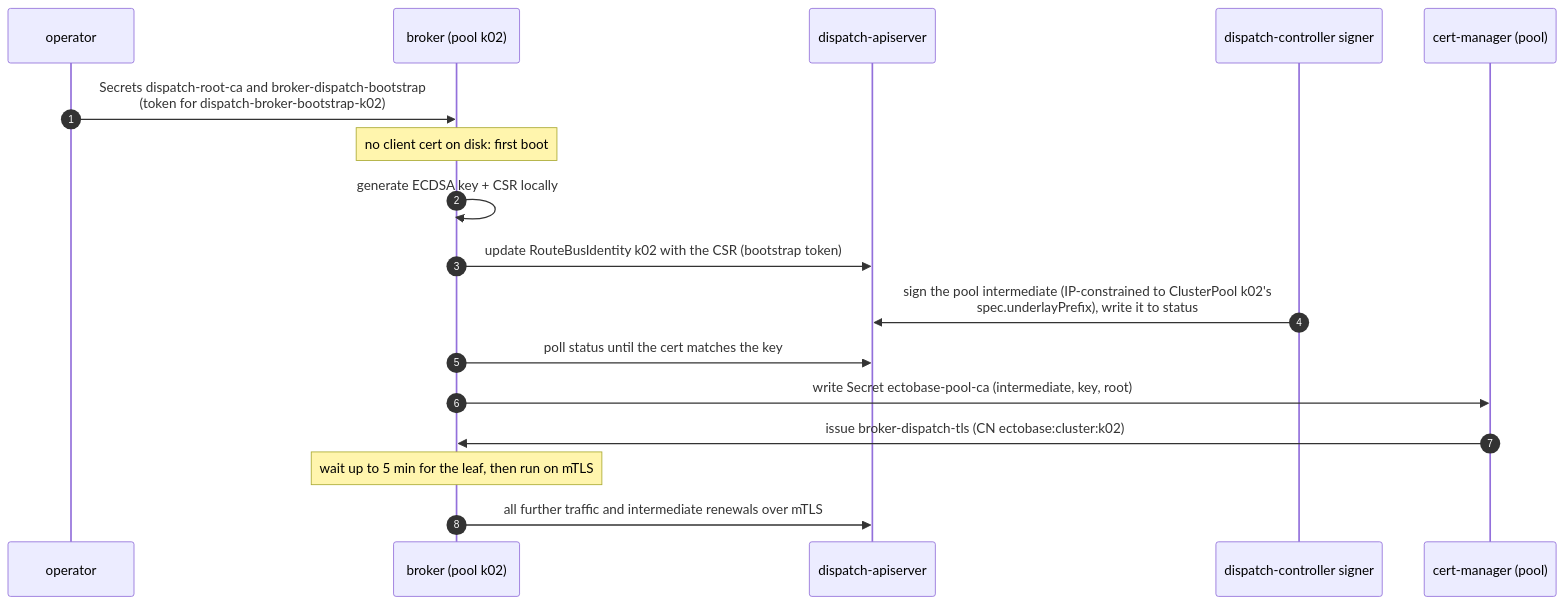
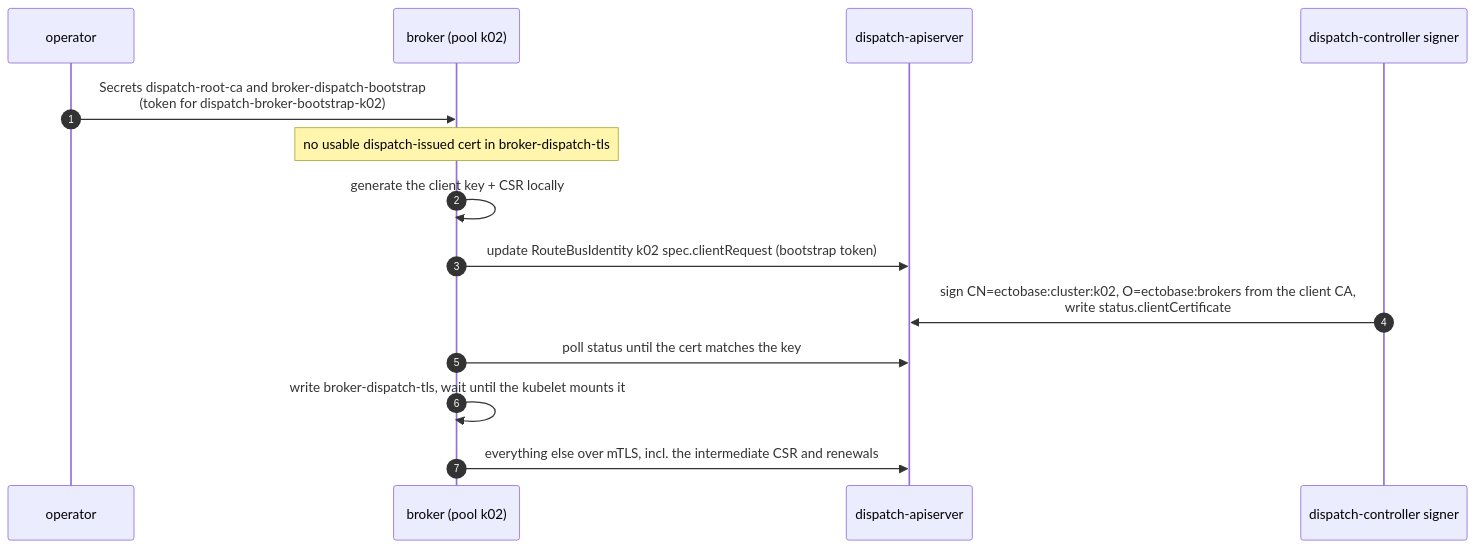
One commit to trevex/ectobase changed the fourth of 4 diagrams in docs/architecture/overview.md. Above: the diagram before and after it, drawn with Mermaid. The commit also changed other lines of this file and 4 other files, not shown here.

First line of the commit message:
docs: two roots, and a broker's dispatch credential from the client CA

````diff
--- a/docs/architecture/overview.md
+++ b/docs/architecture/overview.md
@@ -261,19 +285,16 @@
 ```mermaid
 sequenceDiagram
     autonumber
     participant Op as operator
     participant B as broker (pool k02)
     participant D as dispatch-apiserver
     participant S as dispatch-controller signer
-    participant CM as cert-manager (pool)
     Op->>B: Secrets dispatch-root-ca and broker-dispatch-bootstrap<br>(token for dispatch-broker-bootstrap-k02)
-    Note over B: no client cert on disk: first boot
-    B->>B: generate ECDSA key + CSR locally
-    B->>D: update RouteBusIdentity k02 with the CSR (bootstrap token)
-    S->>D: sign the pool intermediate (IP-constrained to ClusterPool k02's<br>spec.underlayPrefix), write it to status
+    Note over B: no usable dispatch-issued cert in broker-dispatch-tls
+    B->>B: generate the client key + CSR locally
+    B->>D: update RouteBusIdentity k02 spec.clientRequest (bootstrap token)
+    S->>D: sign CN=ectobase:cluster:k02, O=ectobase:brokers from the client CA,<br>write status.clientCertificate
     B->>D: poll status until the cert matches the key
-    B->>CM: write Secret ectobase-pool-ca (intermediate, key, root)
-    CM->>B: issue broker-dispatch-tls (CN ectobase:cluster:k02)
-    Note over B: wait up to 5 min for the leaf, then run on mTLS
-    B->>D: all further traffic and intermediate renewals over mTLS
+    B->>B: write broker-dispatch-tls, wait until the kubelet mounts it
+    B->>D: everything else over mTLS, incl. the intermediate CSR and renewals
 ```
````
